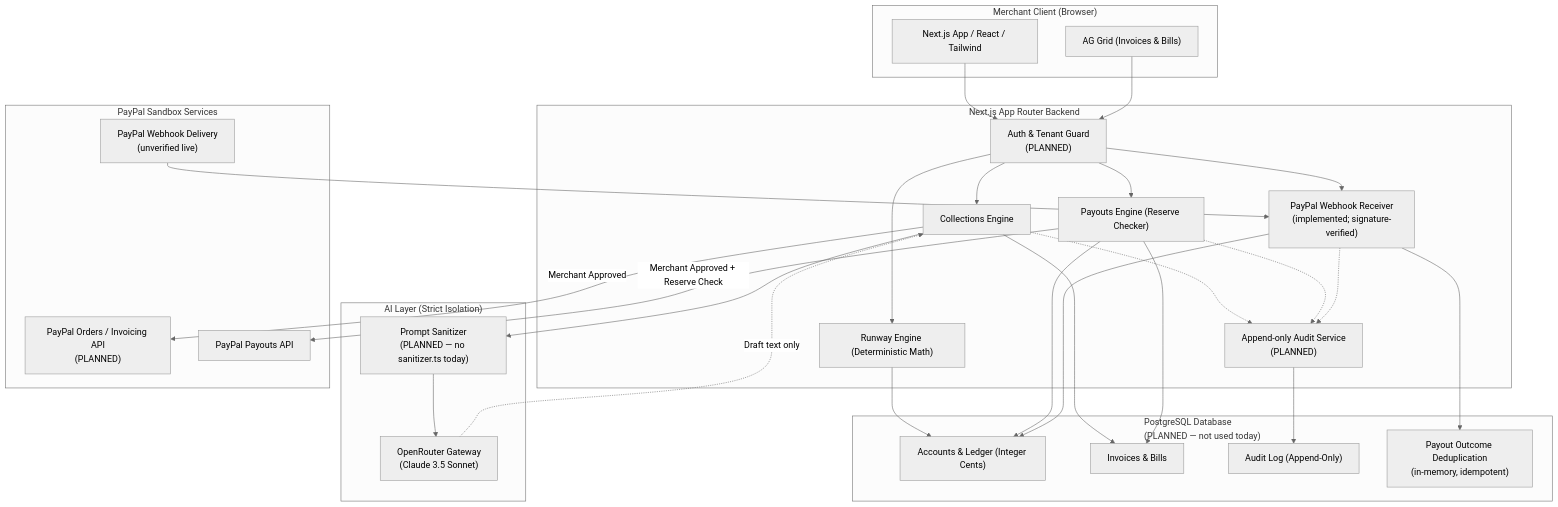
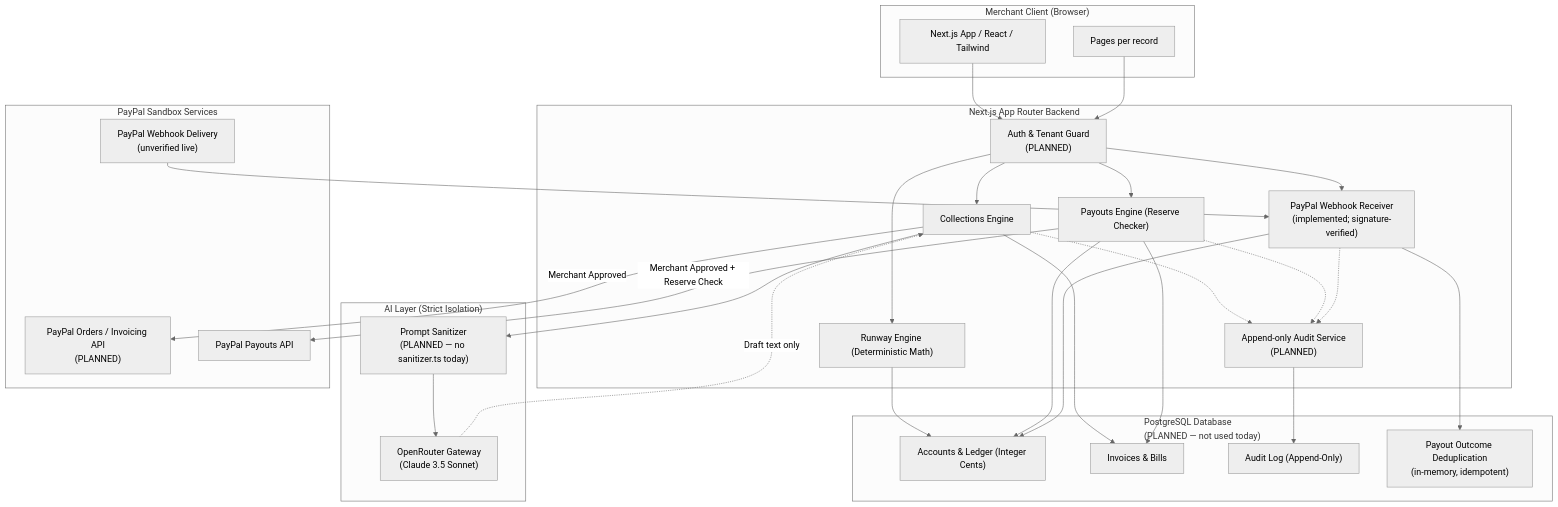
The second of 3 diagrams in docs/ARCHITECTURE.md (Viruss07/merchops-ai), drawn with Mermaid (neutral theme) before and after one commit. The commit also changed other lines of this file and 52 other files, not shown here.

First line of the commit message:
Redesign the UI as one shell with a page per record

````diff
--- a/docs/ARCHITECTURE.md
+++ b/docs/ARCHITECTURE.md
@@ -108,57 +108,57 @@
 ```mermaid
 flowchart TD
     subgraph Client["Merchant Client (Browser)"]
         UI["Next.js App / React / Tailwind"]
-        Grid["AG Grid (Invoices & Bills)"]
+        Pages["Pages per record"]
     end
 
     subgraph App["Next.js App Router Backend"]
         Auth["Auth & Tenant Guard\n(PLANNED)"]
         RunwayEng["Runway Engine (Deterministic Math)"]
         CollEng["Collections Engine"]
         PayoutEng["Payouts Engine (Reserve Checker)"]
         WebhookHandler["PayPal Webhook Receiver\n(implemented; signature-verified)"]
         AuditService["Append-only Audit Service\n(PLANNED)"]
     end
 
     subgraph AI["AI Layer (Strict Isolation)"]
         OpenRouter["OpenRouter Gateway\n(Claude 3.5 Sonnet)"]
         Sanitizer["Prompt Sanitizer\n(PLANNED — no sanitizer.ts today)"]
     end
 
     subgraph Data["PostgreSQL Database\n(PLANNED — not used today)"]
         Ledger["Accounts & Ledger (Integer Cents)"]
         Receivables["Invoices & Bills"]
         AuditDB["Audit Log (Append-Only)"]
         WebhookDedupe["Payout Outcome Deduplication\n(in-memory, idempotent)"]
     end
 
     subgraph PayPal["PayPal Sandbox Services"]
         PPInvoicing["PayPal Orders / Invoicing API\n(PLANNED)"]
         PPPayouts["PayPal Payouts API"]
         PPWebhooks["PayPal Webhook Delivery\n(unverified live)"]
     end
 
     UI --> Auth
-    Grid --> Auth
+    Pages --> Auth
     Auth --> RunwayEng
     Auth --> CollEng
     Auth --> PayoutEng
     Auth --> WebhookHandler
     RunwayEng --> Ledger
     CollEng --> Receivables
     PayoutEng --> Ledger
     PayoutEng --> Receivables
     WebhookHandler --> WebhookDedupe
     WebhookHandler --> Ledger
     CollEng --> Sanitizer
     Sanitizer --> OpenRouter
     OpenRouter -.->|Draft text only| CollEng
     CollEng -->|Merchant Approved| PPInvoicing
     PayoutEng -->|Merchant Approved + Reserve Check| PPPayouts
     PPWebhooks --> WebhookHandler
     CollEng -.-> AuditService
     PayoutEng -.-> AuditService
     WebhookHandler -.-> AuditService
     AuditService --> AuditDB
 ```
````
